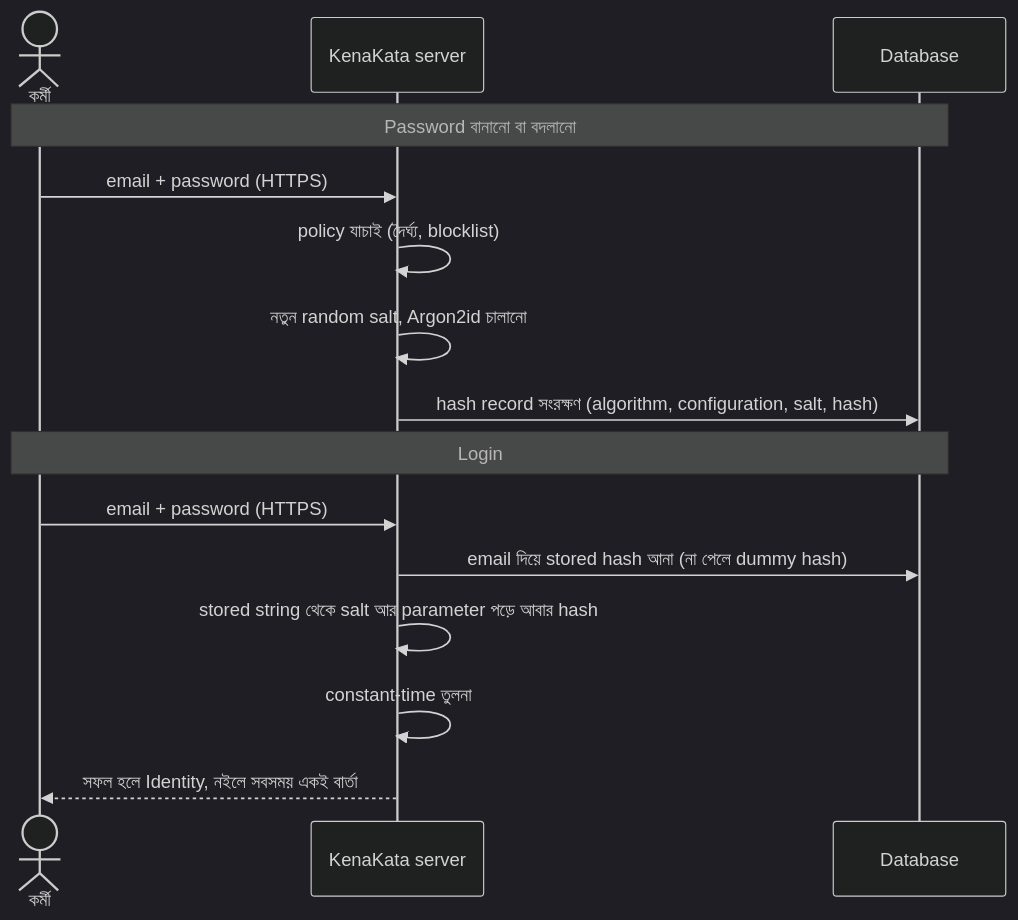
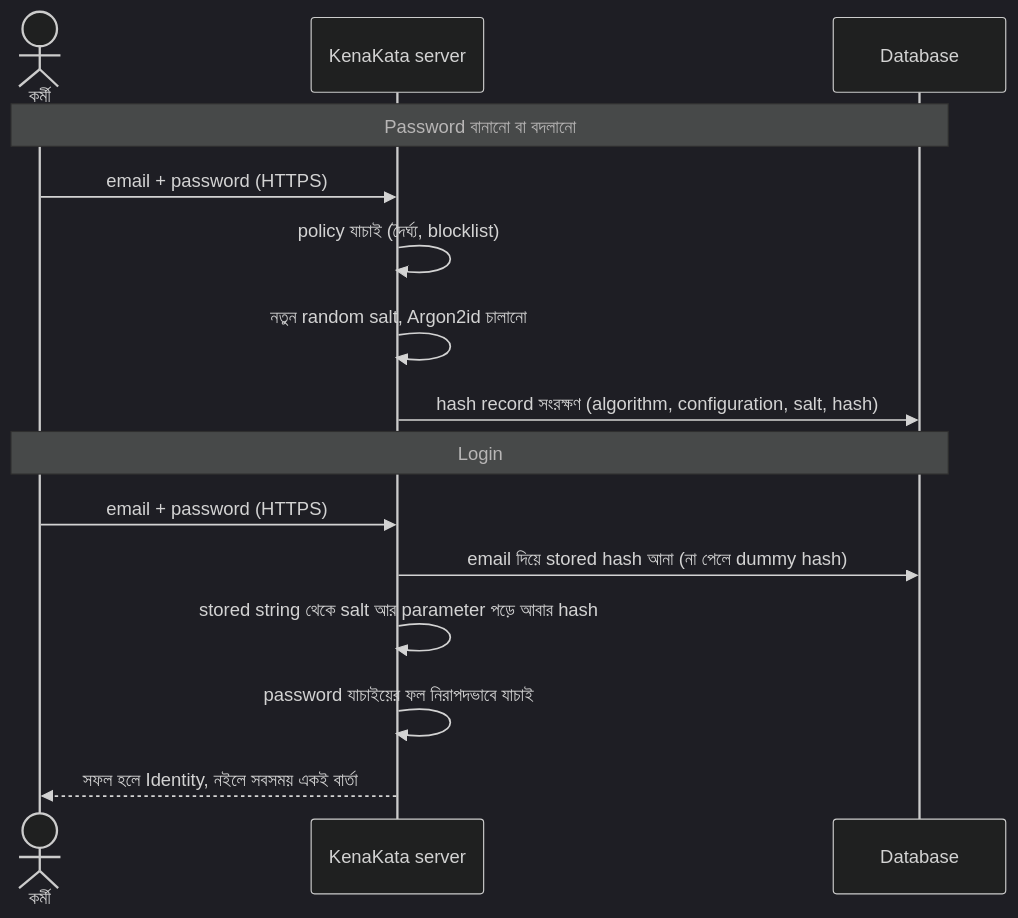
Before and after one commit to shomi-khan/auth-security-journey: the seventh of 8 diagrams in series/season-1-browser-session-token/03-password-security/README.md, drawn with Mermaid (dark theme). The commit also changed other lines of this file, not shown here.

````diff
--- a/series/season-1-browser-session-token/03-password-security/README.md
+++ b/series/season-1-browser-session-token/03-password-security/README.md
@@ -309,18 +311,18 @@
 ```mermaid
 sequenceDiagram
     actor U as কর্মী
     participant S as KenaKata server
     participant DB as Database
 
     Note over U,DB: Password বানানো বা বদলানো
     U->>S: email + password (HTTPS)
     S->>S: policy যাচাই (দৈর্ঘ্য, blocklist)
     S->>S: নতুন random salt, Argon2id চালানো
     S->>DB: hash record সংরক্ষণ (algorithm, configuration, salt, hash)
     Note over U,DB: Login
     U->>S: email + password (HTTPS)
     S->>DB: email দিয়ে stored hash আনা (না পেলে dummy hash)
     S->>S: stored string থেকে salt আর parameter পড়ে আবার hash
-    S->>S: constant-time তুলনা
+    S->>S: password যাচাইয়ের ফল নিরাপদভাবে যাচাই
     S-->>U: সফল হলে Identity, নইলে সবসময় একই বার্তা
 ```
````
